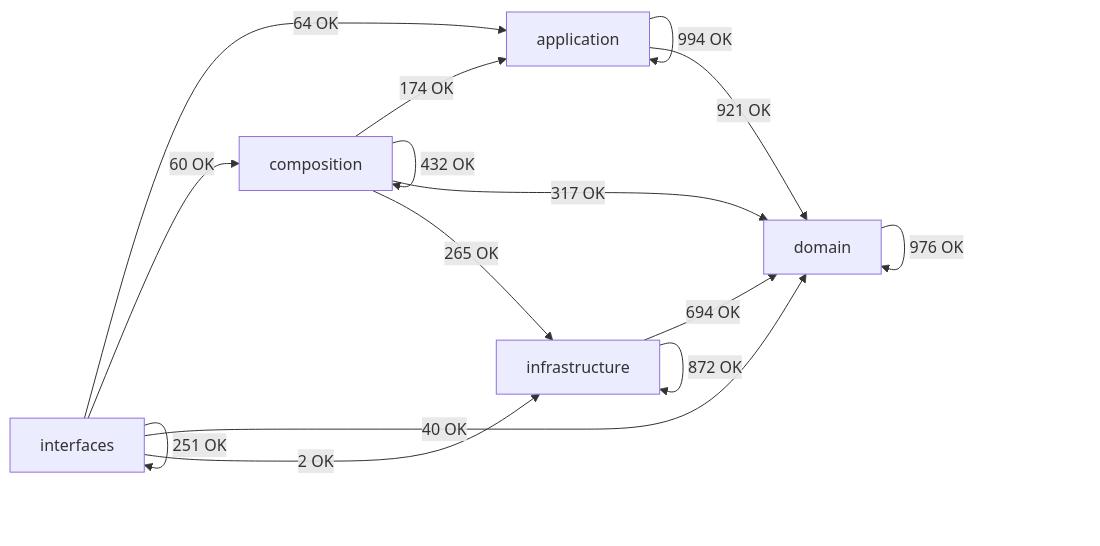
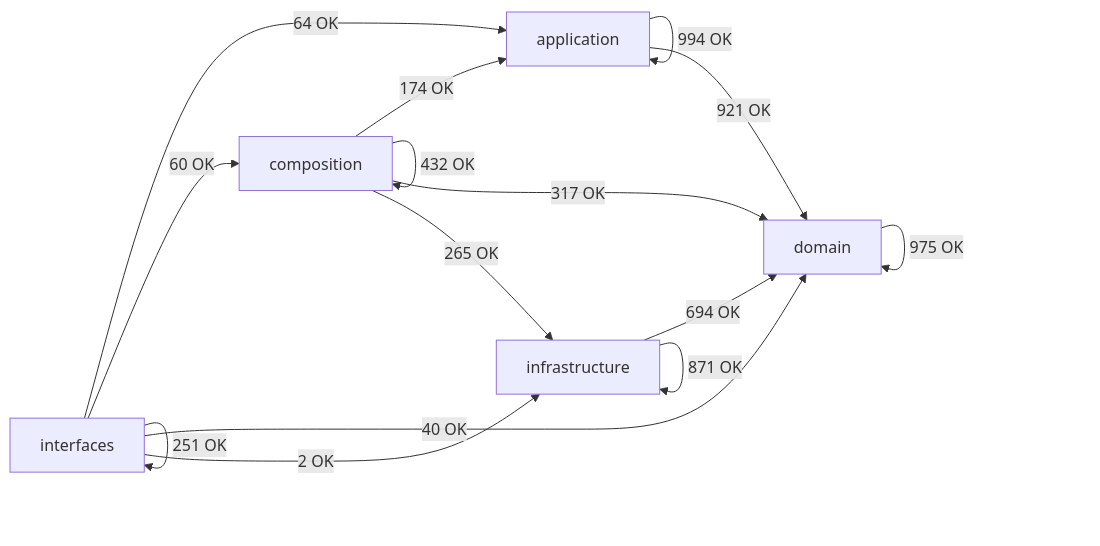
Before and after one commit to SatoryKono/BioactivityDataAcquisition: the diagram in docs/02-architecture/generated/module-dependency-map.md, drawn with Mermaid. The commit also changed other lines of this file and 55 other files, not shown here.

````diff
--- a/docs/02-architecture/generated/module-dependency-map.md
+++ b/docs/02-architecture/generated/module-dependency-map.md
@@ -17,22 +17,22 @@
 ```mermaid
 flowchart LR
     domain[domain]
     application[application]
     infrastructure[infrastructure]
     composition[composition]
     interfaces[interfaces]
     application -->|994 OK| application
     application -->|921 OK| domain
     composition -->|174 OK| application
     composition -->|432 OK| composition
     composition -->|317 OK| domain
     composition -->|265 OK| infrastructure
-    domain -->|976 OK| domain
+    domain -->|975 OK| domain
     infrastructure -->|694 OK| domain
-    infrastructure -->|872 OK| infrastructure
+    infrastructure -->|871 OK| infrastructure
     interfaces -->|64 OK| application
     interfaces -->|60 OK| composition
     interfaces -->|40 OK| domain
     interfaces -->|2 OK| infrastructure
     interfaces -->|251 OK| interfaces
 ```
````
